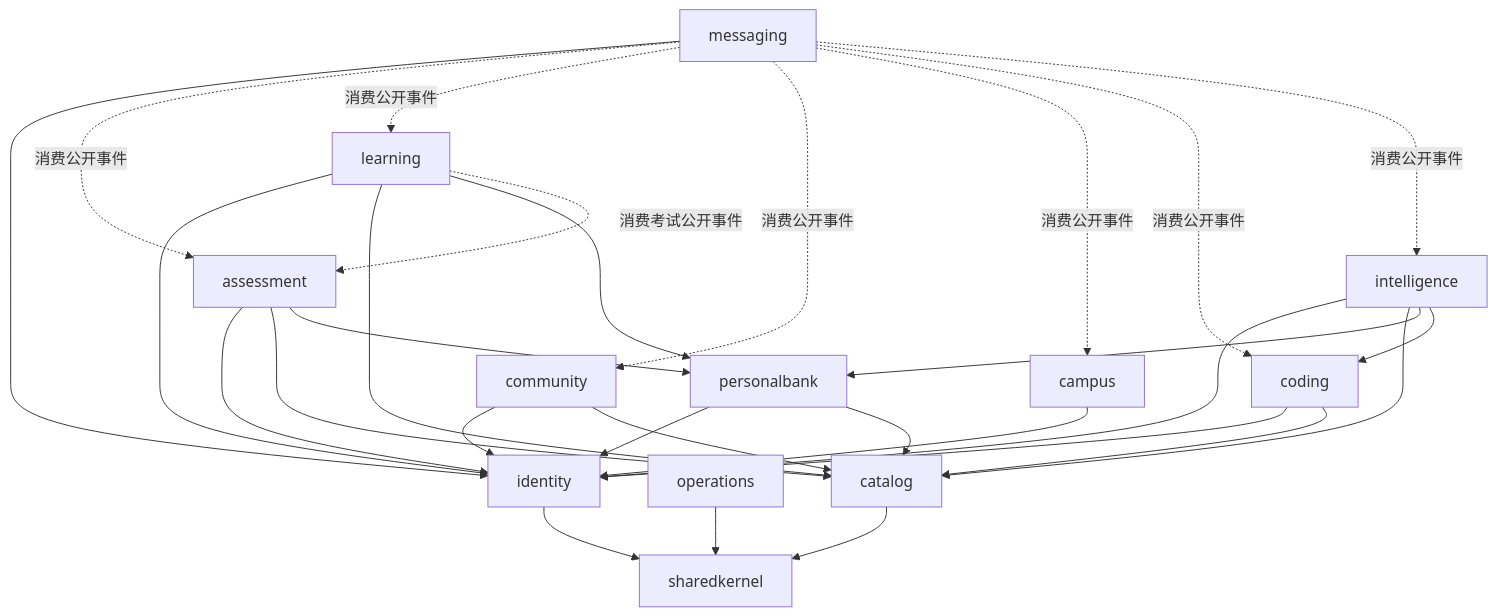
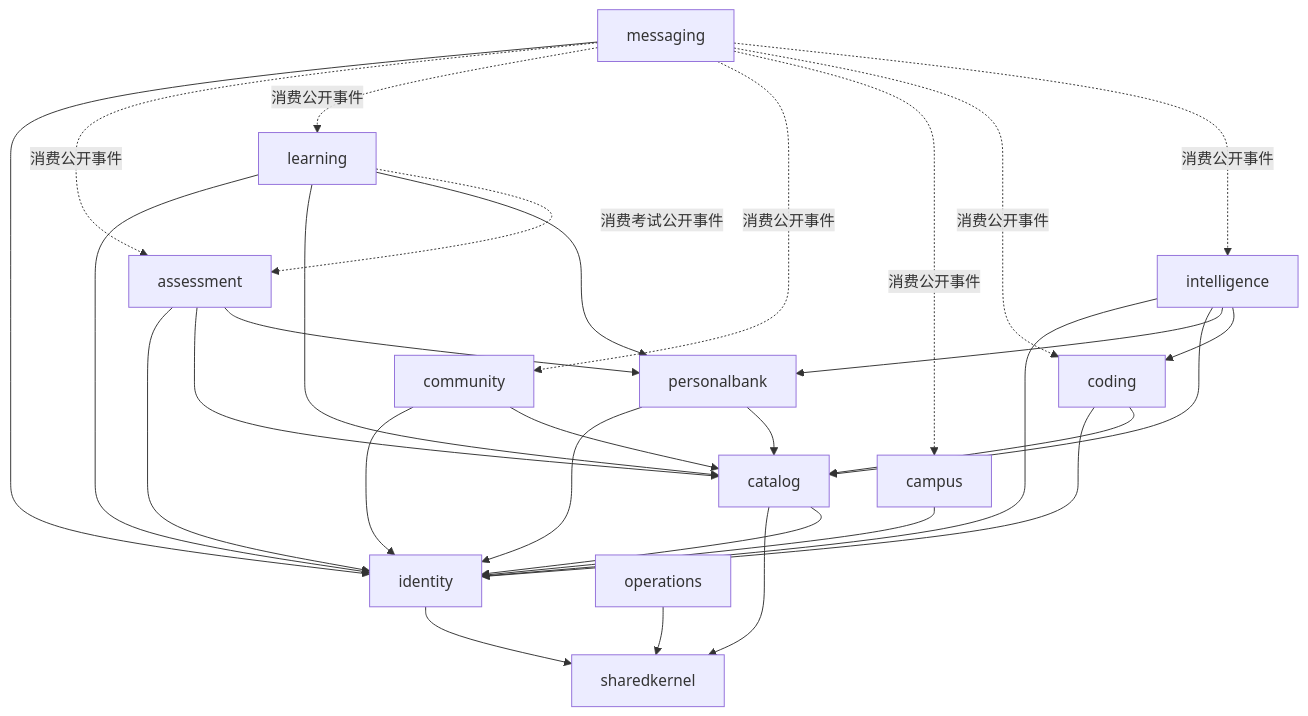
Before and after one commit to Saksk-IT/Ti: the second of 2 diagrams in Ti-Java/docs/refactor/01-target-architecture.md, drawn with Mermaid. The commit also changed other lines of this file and 26 other files, not shown here.

Commit message:
docs(refactor): freeze architecture contracts

````diff
--- a/Ti-Java/docs/refactor/01-target-architecture.md
+++ b/Ti-Java/docs/refactor/01-target-architecture.md
@@ -115,44 +115,45 @@
 ```mermaid
 flowchart TD
     SK["sharedkernel"]
     ID["identity"]
     OP["operations"]
     CAT["catalog"]
     PB["personalbank"]
     AS["assessment"]
     LEARN["learning"]
     COM["community"]
     CAMP["campus"]
     CODE["coding"]
     AI["intelligence"]
     MSG["messaging"]
 
     ID --> SK
     OP --> SK
     CAT --> SK
+    CAT --> ID
     PB --> ID
     PB --> CAT
     AS --> ID
     AS --> CAT
     AS --> PB
     LEARN --> ID
     LEARN --> CAT
     LEARN --> PB
     LEARN -. "消费考试公开事件" .-> AS
     COM --> ID
     COM --> CAT
     CAMP --> ID
     CODE --> ID
     CODE --> CAT
     AI --> ID
     AI --> CAT
     AI --> PB
     AI --> CODE
     MSG --> ID
     MSG -. "消费公开事件" .-> AS
     MSG -. "消费公开事件" .-> LEARN
     MSG -. "消费公开事件" .-> COM
     MSG -. "消费公开事件" .-> CAMP
     MSG -. "消费公开事件" .-> CODE
     MSG -. "消费公开事件" .-> AI
 ```
````
